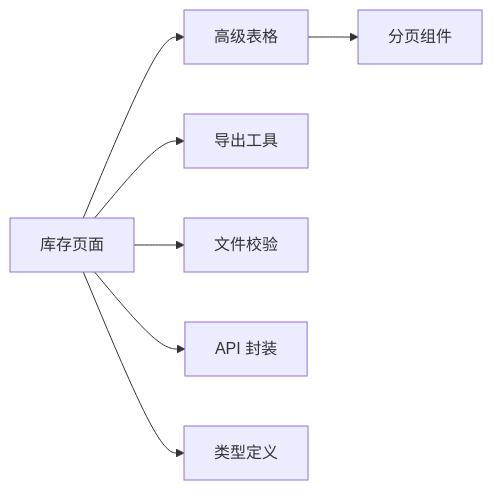
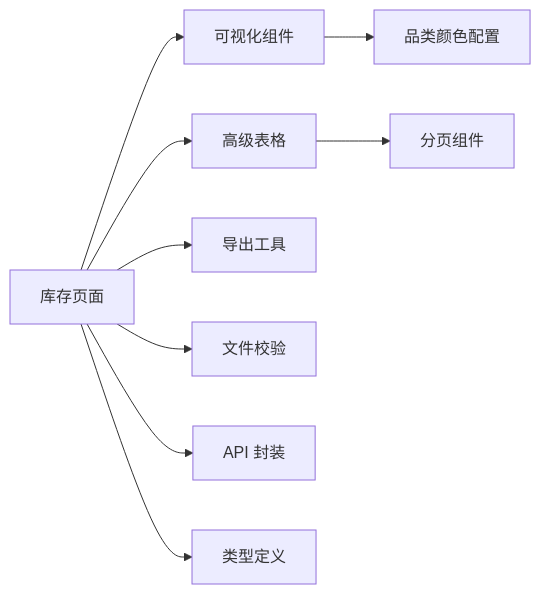
The eighth of 8 diagrams in .qoder/repowiki/zh/content/页面组件/库存管理页面.md (Damao997/newproject), drawn with Mermaid before and after one commit. The commit also changed other lines of this file and 55 other files, not shown here.

````diff
--- a/.qoder/repowiki/zh/content/页面组件/库存管理页面.md
+++ b/.qoder/repowiki/zh/content/页面组件/库存管理页面.md
@@ -260,9 +447,11 @@
 ```mermaid
 graph LR
-Inv["库存页面"] --> PDT["高级表格"]
+Inv["库存页面"] --> Charts["可视化组件"]
+Inv --> PDT["高级表格"]
 Inv --> Exp["导出工具"]
 Inv --> Val["文件校验"]
 Inv --> Api["API 封装"]
 Inv --> Types["类型定义"]
+Charts --> Colors["品类颜色配置"]
 PDT --> Pag["分页组件"]
 ```
````
